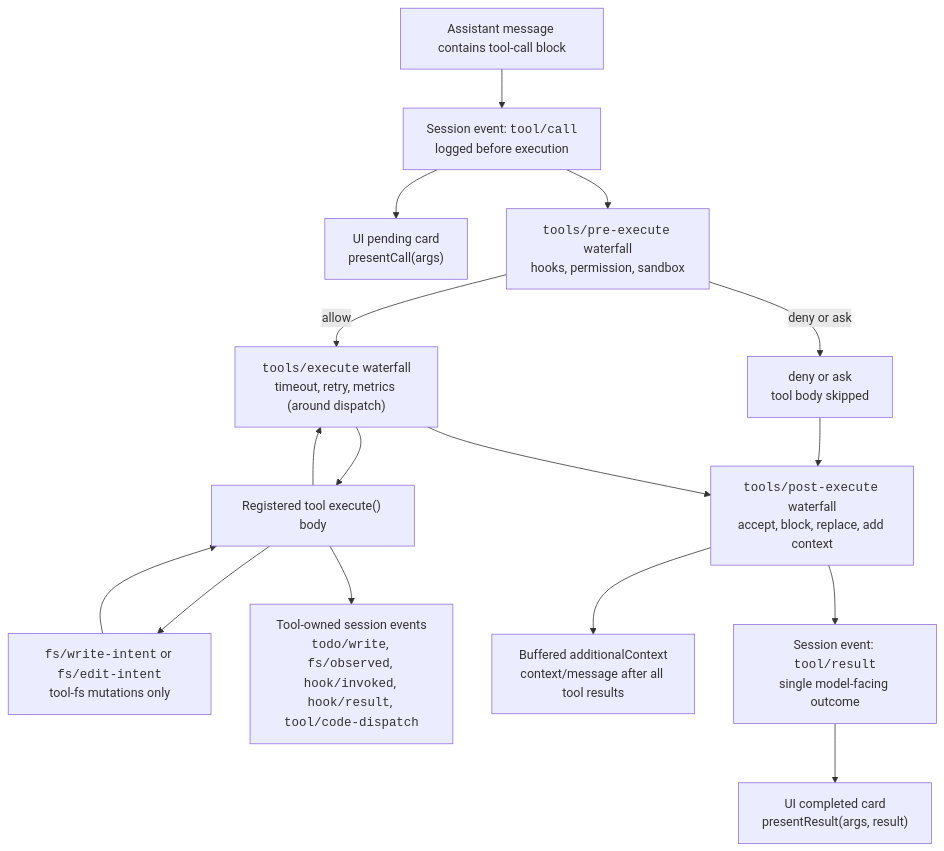
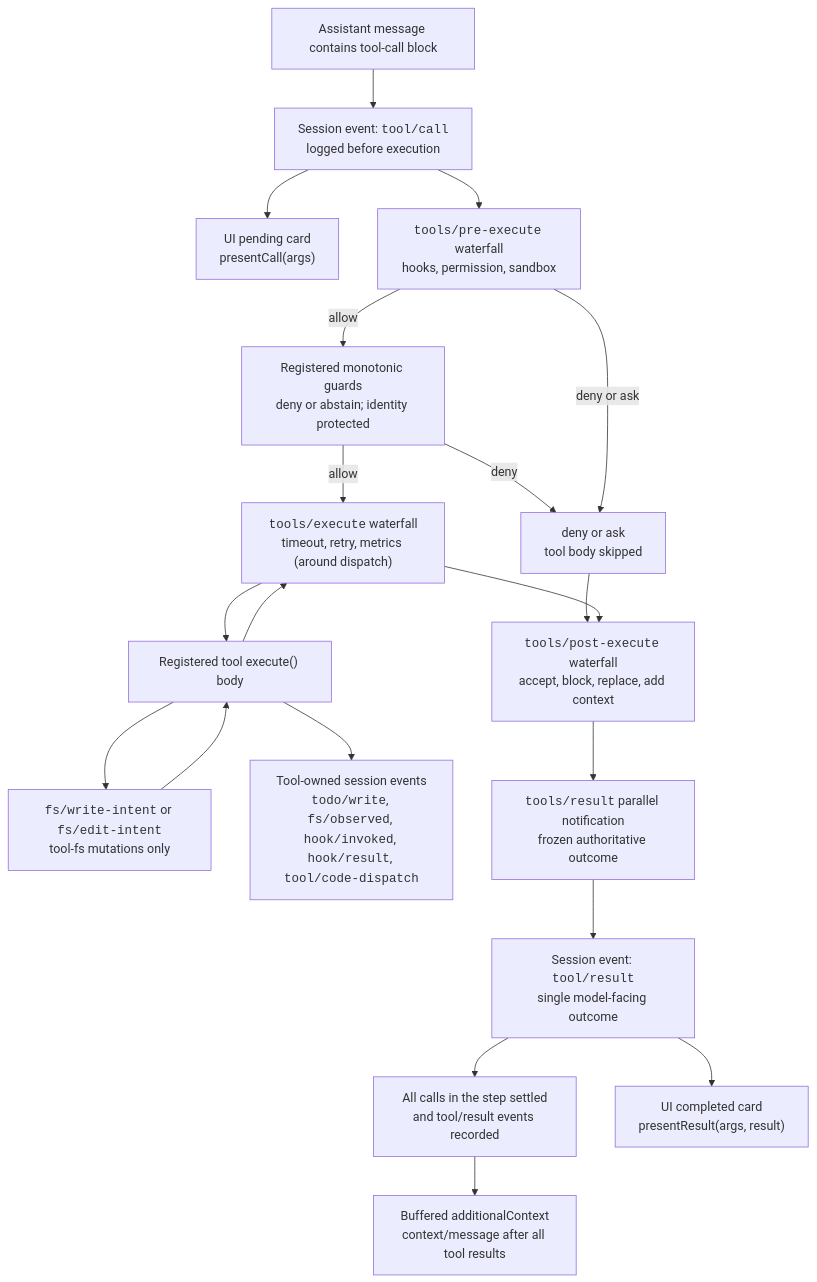
The diagram in docs/tool-execution-pipeline.md (007M7/DeepCode), drawn with Mermaid before and after one commit. The commit also changed other lines of this file and 36 other files, not shown here.

````diff
--- a/docs/tool-execution-pipeline.md
+++ b/docs/tool-execution-pipeline.md
@@ -8,31 +8,38 @@
 ```mermaid
 flowchart TD
   model["Assistant message contains tool-call block"]
   toolCall["Session event: <code>tool/call</code><br/>logged before execution"]
   presentCall["UI pending card<br/>presentCall(args)"]
   pre["<code>tools/pre-execute</code> waterfall<br/>hooks, permission, sandbox"]
+  guards["Registered monotonic guards<br/>deny or abstain; identity protected"]
   denied["deny or ask<br/>tool body skipped"]
   around["<code>tools/execute</code> waterfall<br/>timeout, retry, metrics (around dispatch)"]
   toolBody["Registered tool execute() body"]
   fsGate["<code>fs/write-intent</code> or <code>fs/edit-intent</code><br/>tool-fs mutations only"]
   owned["Tool-owned session events<br/><code>todo/write</code>, <code>fs/observed</code>, <code>hook/invoked</code>, <code>hook/result</code>, <code>tool/code-dispatch</code>"]
   post["<code>tools/post-execute</code> waterfall<br/>accept, block, replace, add context"]
+  final["<code>tools/result</code> parallel notification<br/>frozen authoritative outcome"]
   context["Buffered additionalContext<br/>context/message after all tool results"]
   toolResult["Session event: <code>tool/result</code><br/>single model-facing outcome"]
+  allResults["All calls in the step settled<br/>and tool/result events recorded"]
   presentResult["UI completed card<br/>presentResult(args, result)"]
   model --> toolCall
   toolCall --> presentCall
   toolCall --> pre
-  pre -->|allow| around
+  pre -->|allow| guards
+  guards -->|allow| around
+  guards -->|deny| denied
   around --> toolBody
   pre -->|deny or ask| denied
   denied --> post
   toolBody --> fsGate
   fsGate --> toolBody
   toolBody --> owned
   toolBody --> around
   around --> post
-  post --> context
-  post --> toolResult
+  post --> final
+  final --> toolResult
   toolResult --> presentResult
+  toolResult --> allResults
+  allResults --> context
 ```
````
